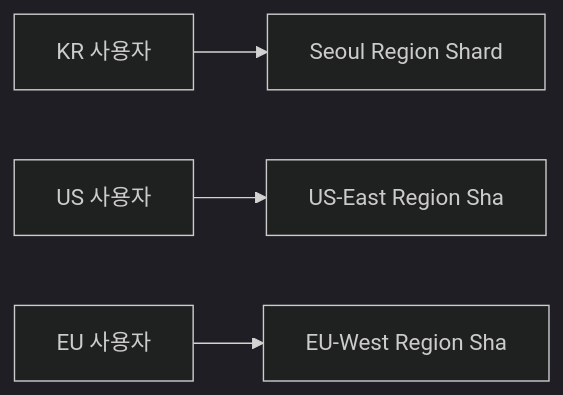
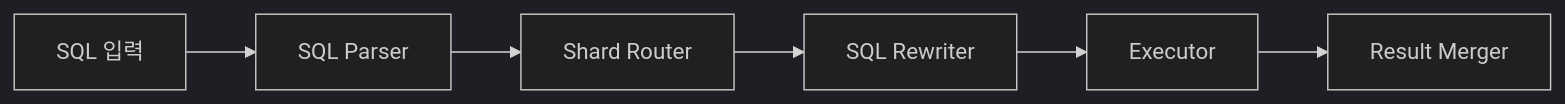
One commit to yjkim2015/yjkim2015.github.io changed the fourth of 7 diagrams in _posts/db/2026-05-01-db-sharding.md. Above: the diagram before and after it, drawn with Mermaid (dark theme). The commit also changed other lines of this file and 4 other files, not shown here.

````diff
--- a/_posts/db/2026-05-01-db-sharding.md
+++ b/_posts/db/2026-05-01-db-sharding.md
@@ -150,6 +731,8 @@
 ```mermaid
 graph LR
-    U1["KR 사용자"] --> SR["Seoul Region Shard"]
-    U2["US 사용자"] --> UR["US-East Region Sha"]
-    U3["EU 사용자"] --> ER["EU-West Region Sha"]
+    SQL["SQL 입력"] --> PAR["SQL Parser"]
+    PAR --> ROU["Shard Router"]
+    ROU --> REW["SQL Rewriter"]
+    REW --> EXE["Executor"]
+    EXE --> MER["Result Merger"]
 ```
````
